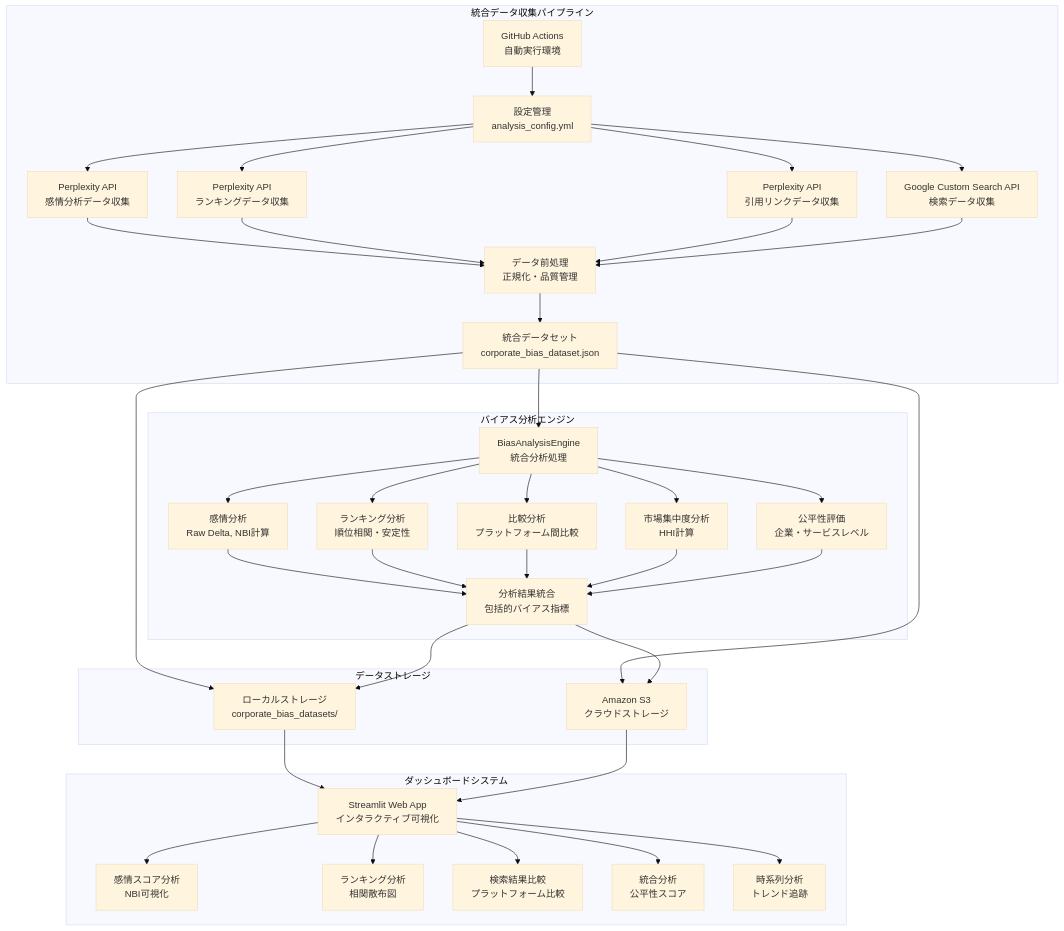
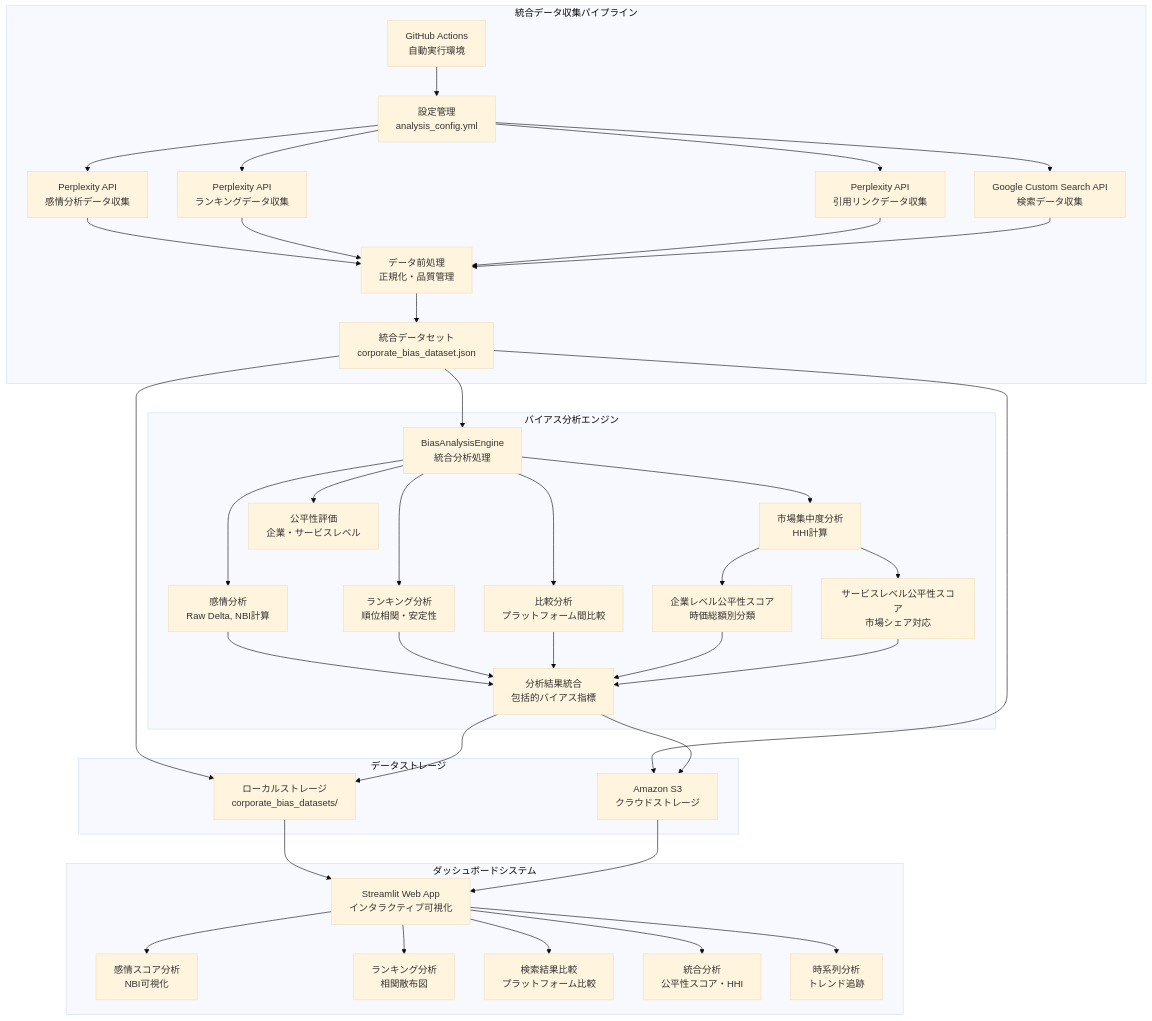
Before and after one commit to Naoya-Yasuda/corporate_bias_study: the first of 5 diagrams in docs/cyber_university/システムアーキテクチャ図.md, drawn with Mermaid (base theme). The commit also changed other lines of this file and 1 other file, not shown here.

Commit message:
システム全体構成図とダッシュボードシステム構成図を更新し、公平性スコアに関する表現を明確化しました。また、HHIの定義を数式形式に修正し、解釈基準を整理しました。これにより、分析の理解が深まります。

````diff
--- a/docs/cyber_university/システムアーキテクチャ図.md
+++ b/docs/cyber_university/システムアーキテクチャ図.md
@@ -5,53 +5,56 @@
 ```mermaid
 graph TB
     subgraph "統合データ収集パイプライン"
         A[GitHub Actions<br/>自動実行環境] --> B[設定管理<br/>analysis_config.yml]
         B --> C[Perplexity API<br/>感情分析データ収集]
         B --> D[Perplexity API<br/>ランキングデータ収集]
         B --> E[Perplexity API<br/>引用リンクデータ収集]
         B --> F[Google Custom Search API<br/>検索データ収集]
 
         C --> G[データ前処理<br/>正規化・品質管理]
         D --> G
         E --> G
         F --> G
 
         G --> H[統合データセット<br/>corporate_bias_dataset.json]
     end
 
     subgraph "バイアス分析エンジン"
         H --> I[BiasAnalysisEngine<br/>統合分析処理]
         I --> J[感情分析<br/>Raw Delta, NBI計算]
         I --> K[ランキング分析<br/>順位相関・安定性]
         I --> L[比較分析<br/>プラットフォーム間比較]
         I --> M[市場集中度分析<br/>HHI計算]
         I --> N[公平性評価<br/>企業・サービスレベル]
 
+        M --> N1[企業レベル公平性スコア<br/>時価総額別分類]
+        M --> N2[サービスレベル公平性スコア<br/>市場シェア対応]
+
         J --> O[分析結果統合<br/>包括的バイアス指標]
         K --> O
         L --> O
-        M --> O
-        N --> O
+        N1 --> O
+        N2 --> O
     end
 
     subgraph "ダッシュボードシステム"
         P[Streamlit Web App<br/>インタラクティブ可視化]
         P --> Q[感情スコア分析<br/>NBI可視化]
         P --> R[ランキング分析<br/>相関散布図]
         P --> S[検索結果比較<br/>プラットフォーム比較]
-        P --> T[統合分析<br/>公平性スコア]
+        P --> T[統合分析<br/>公平性スコア・HHI]
         P --> U[時系列分析<br/>トレンド追跡]
     end
 
     subgraph "データストレージ"
         V[ローカルストレージ<br/>corporate_bias_datasets/]
         W[Amazon S3<br/>クラウドストレージ]
     end
 
     H --> V
     H --> W
     O --> V
     O --> W
     V --> P
     W --> P
 ```
````
